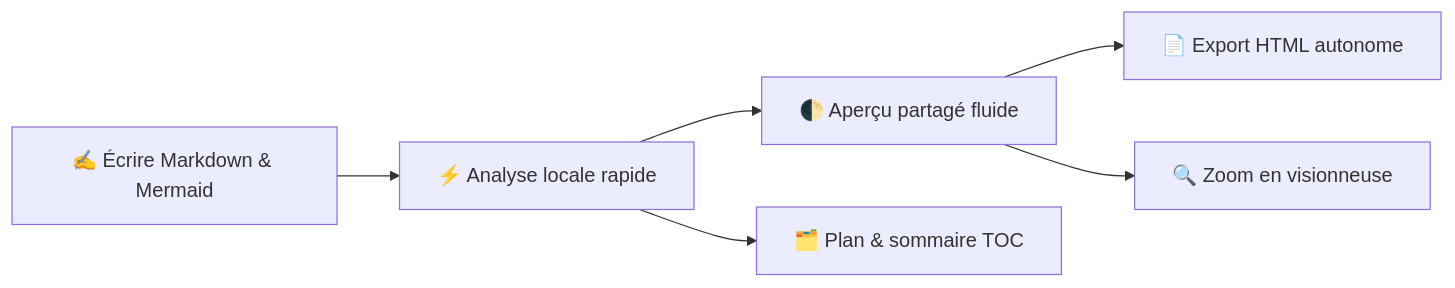
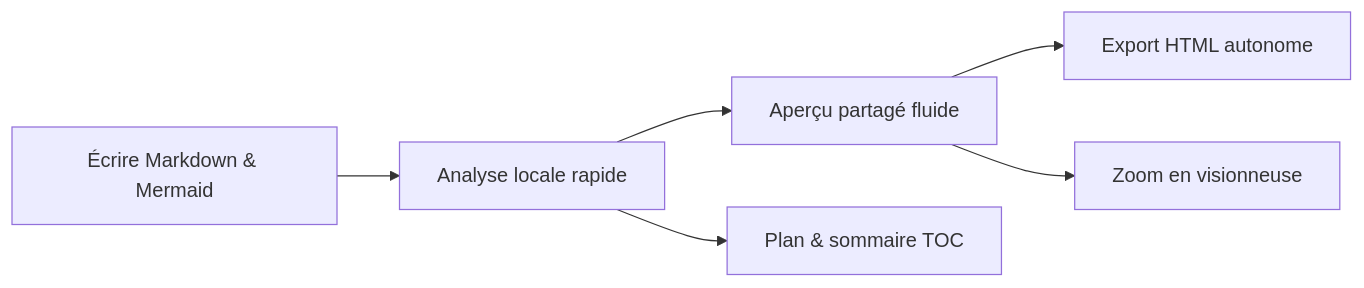
The diagram in crates/zmark_app/assets/welcome/fr.md (2716190547/zmark), drawn with Mermaid before and after one commit. The commit also changed other lines of this file and 9 other files, not shown here.

````diff
--- a/crates/zmark_app/assets/welcome/fr.md
+++ b/crates/zmark_app/assets/welcome/fr.md
@@ -84,8 +84,8 @@
 ```mermaid
 flowchart LR
-    Write["✍️ Écrire Markdown & Mermaid"] --> Parse["⚡️ Analyse locale rapide"]
-    Parse --> Split["🌓 Aperçu partagé fluide"]
-    Parse --> Outline["🗂️ Plan & sommaire TOC"]
-    Split --> Export["📄 Export HTML autonome"]
-    Split --> Lightbox["🔍 Zoom en visionneuse"]
+    Write["Écrire Markdown & Mermaid"] --> Parse["Analyse locale rapide"]
+    Parse --> Split["Aperçu partagé fluide"]
+    Parse --> Outline["Plan & sommaire TOC"]
+    Split --> Export["Export HTML autonome"]
+    Split --> Lightbox["Zoom en visionneuse"]
 ```
````
